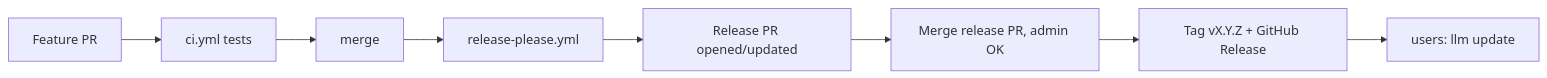
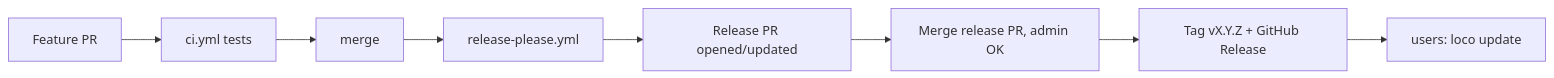
Before and after one commit to mtopcu1/loco-llm: the diagram in docs/RELEASE_SETUP.md, drawn with Mermaid. The commit also changed other lines of this file and 119 other files, not shown here.

First line of the commit message:
refactor(cli): rename llm command to loco across repo

````diff
--- a/docs/RELEASE_SETUP.md
+++ b/docs/RELEASE_SETUP.md
@@ -27,9 +27,9 @@
 ```mermaid
 flowchart LR
   pr[Feature PR] --> ci[ci.yml tests] --> merge
   merge --> rp[release-please.yml]
   rp --> relpr[Release PR opened/updated]
   relpr --> mergerel[Merge release PR, admin OK]
   mergerel --> tag[Tag vX.Y.Z + GitHub Release]
-  tag --> users[users: llm update]
+  tag --> users[users: loco update]
 ```
````
